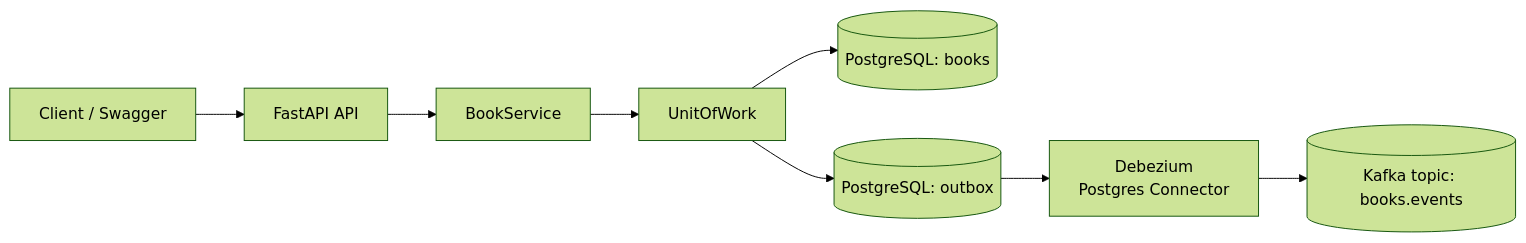
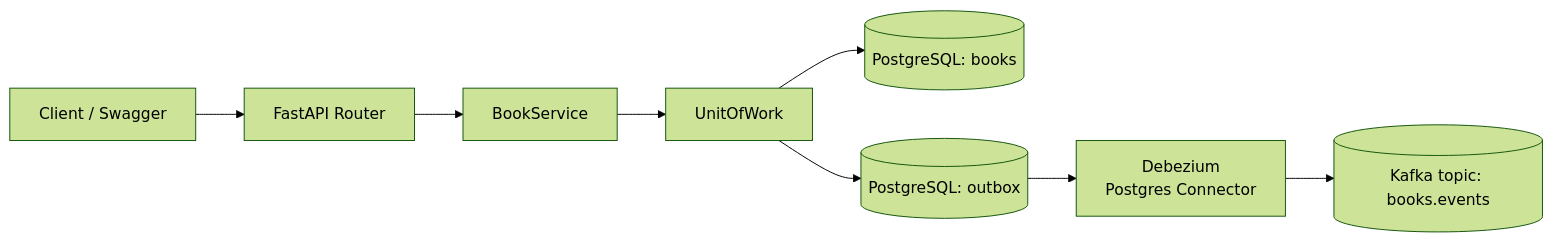
Before and after one commit to dayanovtt/book_service: the second of 2 diagrams in docs/flow.md, drawn with Mermaid (forest theme). The commit also changed other lines of this file and 7 other files, not shown here.

Commit message:
Book service: UoW + Outbox + CDC + Kafka, dockerized with init services

````diff
--- a/docs/flow.md
+++ b/docs/flow.md
@@ -47,10 +47,19 @@
 ```mermaid
 flowchart LR
-    A[Client / Swagger] --> B[FastAPI API]
-    B --> C[BookService]
-    C --> D[UnitOfWork]
-    D --> E[(PostgreSQL: books)]
-    D --> F[(PostgreSQL: outbox)]
-    F --> G[Debezium<br/>Postgres Connector]
-    G --> H[(Kafka topic: books.events)]
+    A[Client / Swagger]
+    B[FastAPI Router]
+    C[BookService]
+    D[UnitOfWork]
+    E[(PostgreSQL: books)]
+    F[(PostgreSQL: outbox)]
+    G[Debezium<br/>Postgres Connector]
+    H[(Kafka topic: books.events)]
+
+    A --> B
+    B --> C
+    C --> D
+    D --> E
+    D --> F
+    F --> G
+    G --> H
 ```
````
